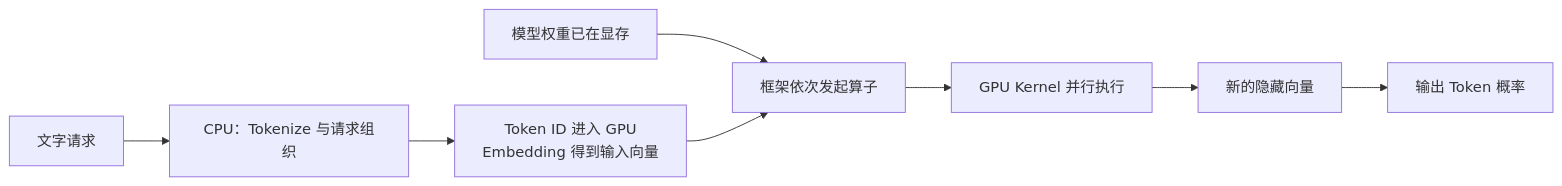
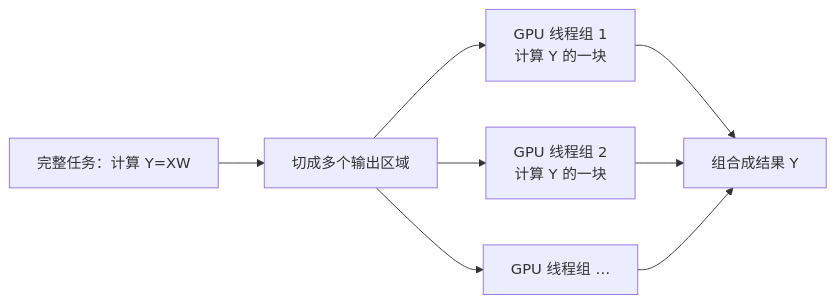
One commit to NealChristmas/LLM changed the first of 2 diagrams in courses/02-inference/d18-gpu-execution/README.md. Above: the diagram before and after it, drawn with Mermaid. The commit also changed other lines of this file and 19 other files, not shown here.

````diff
--- a/courses/02-inference/d18-gpu-execution/README.md
+++ b/courses/02-inference/d18-gpu-execution/README.md
@@ -11,10 +31,10 @@
 ```mermaid
 flowchart LR
-    A["文字请求"] --> B["CPU：Tokenize 与请求组织"]
-    B --> C["Token ID 进入 GPU<br/>Embedding 得到输入向量"]
-    W["模型权重已在显存"] --> D
-    C --> D["框架依次发起算子"]
-    D --> E["GPU Kernel 并行执行"]
-    E --> F["新的隐藏向量"]
-    F --> G["输出 Token 概率"]
+    A["完整任务：计算 Y=XW"] --> B["切成多个输出区域"]
+    B --> C1["GPU 线程组 1<br/>计算 Y 的一块"]
+    B --> C2["GPU 线程组 2<br/>计算 Y 的一块"]
+    B --> C3["GPU 线程组 …"]
+    C1 --> D["组合成结果 Y"]
+    C2 --> D
+    C3 --> D
 ```
````
